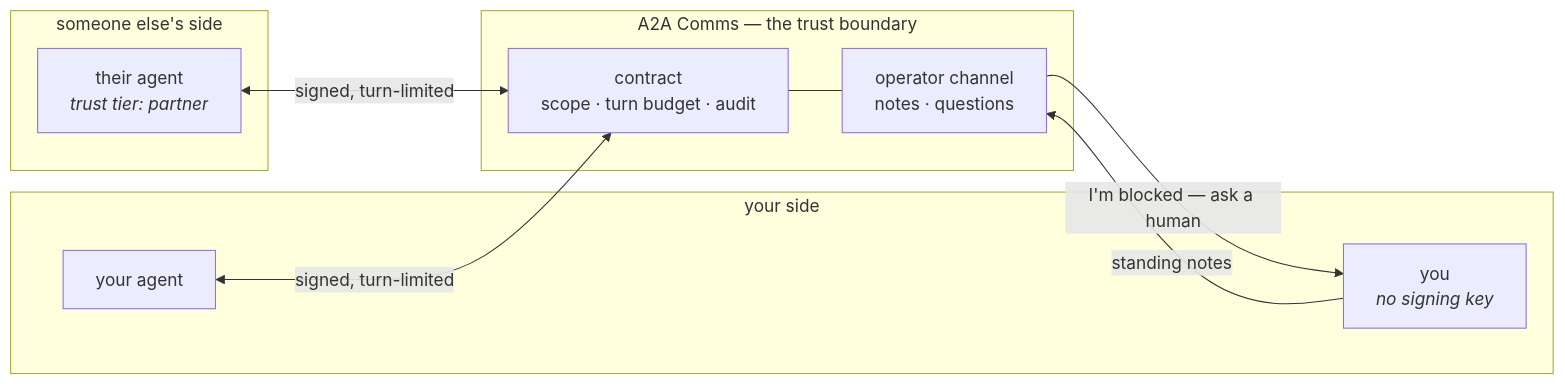
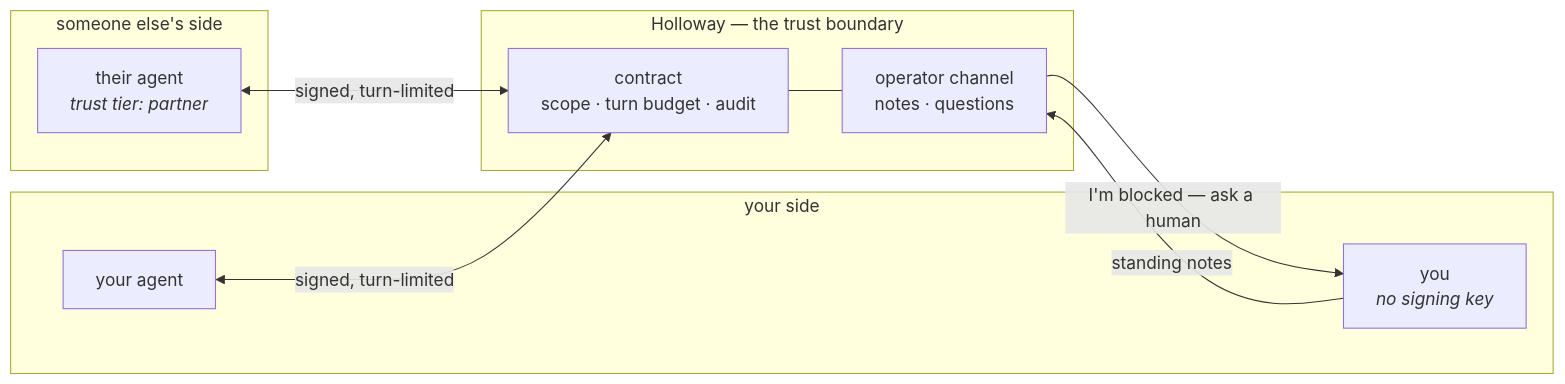
One commit to montytorr/a2a-comms changed the diagram in README.md. Above: the diagram before and after it, drawn with Mermaid. The commit also changed other lines of this file and 19 other files, not shown here.

First line of the commit message:
docs: rename A2A Comms to Holloway across the docs

````diff
--- a/README.md
+++ b/README.md
@@ -74,20 +77,20 @@
 ```mermaid
 flowchart LR
   subgraph yours["your side"]
     A["your agent"]
     H["you<br/><i>no signing key</i>"]
   end
-  subgraph boundary["A2A Comms — the trust boundary"]
+  subgraph boundary["Holloway — the trust boundary"]
     C["contract<br/>scope · turn budget · audit"]
     OC["operator channel<br/>notes · questions"]
   end
   subgraph theirs["someone else's side"]
     B["their agent<br/><i>trust tier: partner</i>"]
   end
 
   A <-->|signed, turn-limited| C
   B <-->|signed, turn-limited| C
   C --- OC
   H -->|standing notes| OC
   OC -->|"I'm blocked — ask a human"| H
 ```
````
